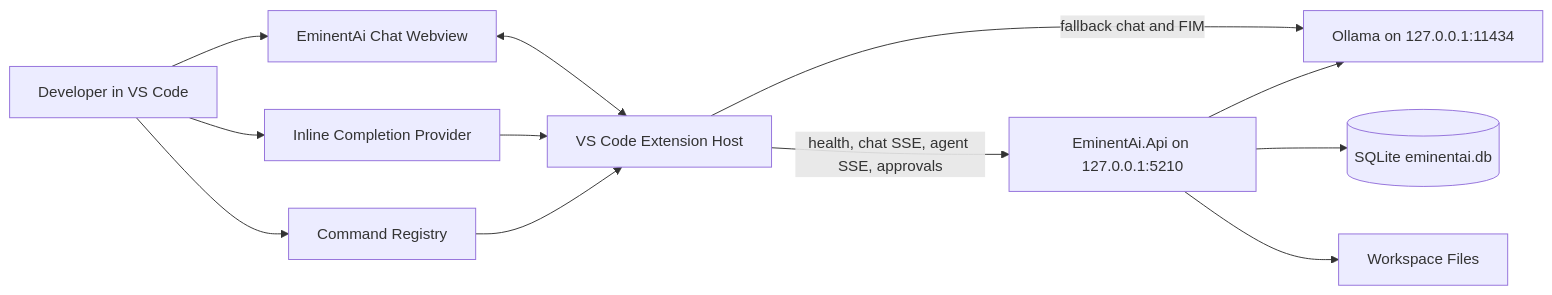
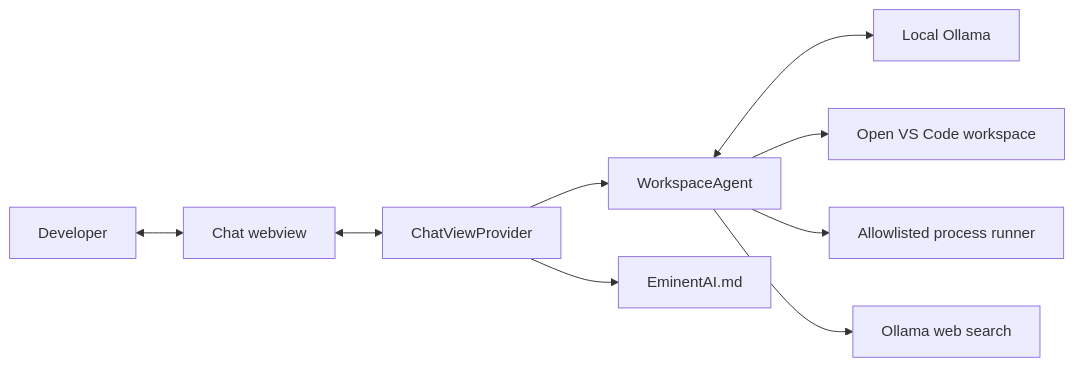
The first of 5 diagrams in VS_CODE_EXTENSION.md (ekanatha-urivakili/EminentAiAgent), drawn with Mermaid before and after one commit. The commit also changed other lines of this file and 45 other files, not shown here.

Commit message:
VS code Extension enhancements

````diff
--- a/VS_CODE_EXTENSION.md
+++ b/VS_CODE_EXTENSION.md
@@ -59,24 +43,21 @@
 ```mermaid
 flowchart LR
-    User[Developer in VS Code]
-    VSCode[VS Code Extension Host]
-    Webview[EminentAi Chat Webview]
-    FIM[Inline Completion Provider]
-    Commands[Command Registry]
-    Backend[EminentAi.Api on 127.0.0.1:5210]
-    Ollama[Ollama on 127.0.0.1:11434]
-    Db[(SQLite eminentai.db)]
-    Workspace[Workspace Files]
+    Developer[Developer]
+    Webview[Chat webview]
+    Provider[ChatViewProvider]
+    Agent[WorkspaceAgent]
+    Ollama[Local Ollama]
+    Workspace[Open VS Code workspace]
+    Commands[Allowlisted process runner]
+    Search[Ollama web search]
+    Instructions[EminentAI.md]
 
-    User --> Webview
-    User --> FIM
-    User --> Commands
-    Webview <--> VSCode
-    FIM --> VSCode
-    Commands --> VSCode
-    VSCode -->|health, chat SSE, agent SSE, approvals| Backend
-    VSCode -->|fallback chat and FIM| Ollama
-    Backend --> Ollama
-    Backend --> Db
-    Backend --> Workspace
+    Developer <--> Webview
+    Webview <--> Provider
+    Provider --> Instructions
+    Provider --> Agent
+    Agent <--> Ollama
+    Agent --> Workspace
+    Agent --> Commands
+    Agent --> Search
 ```
````
